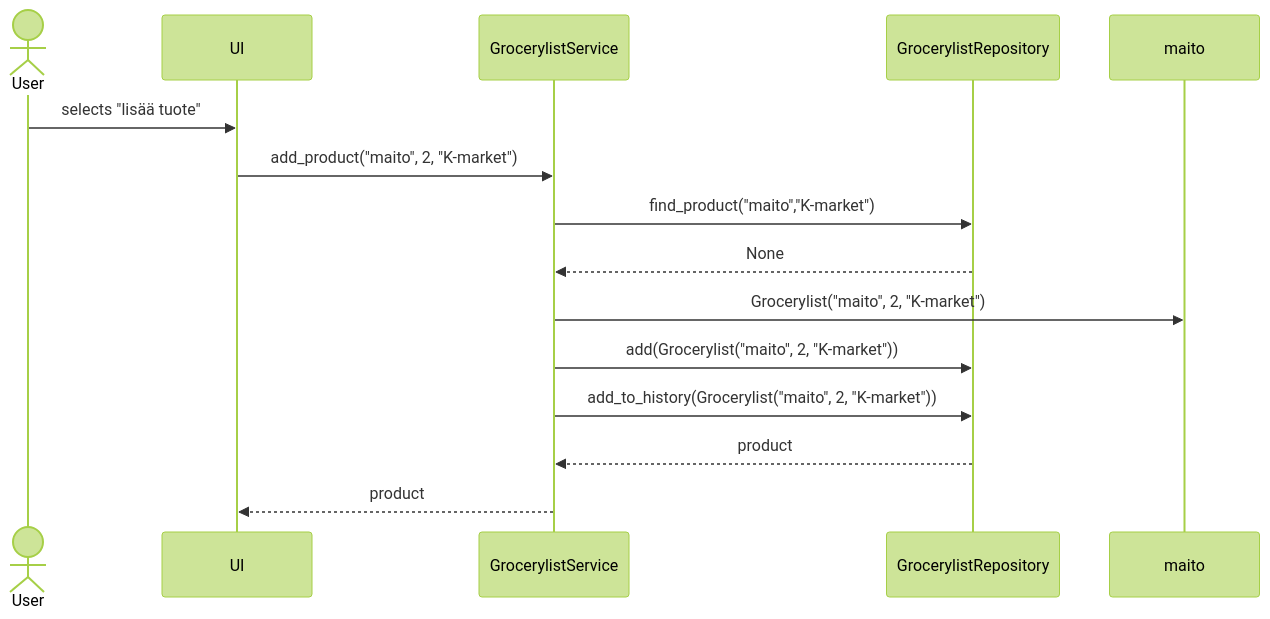
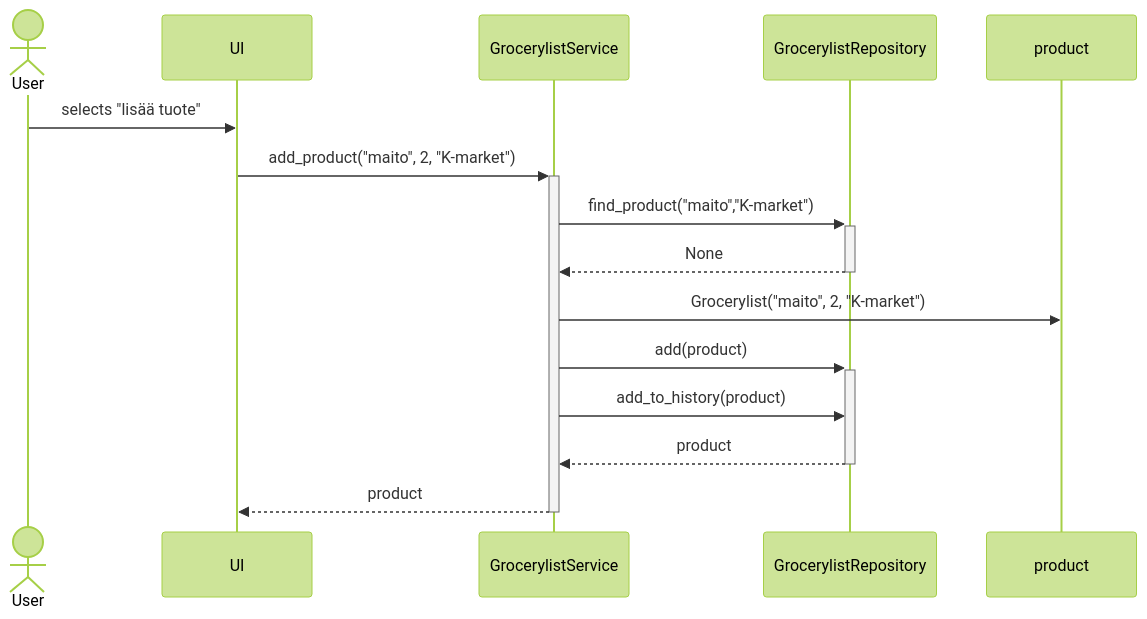
The second of 4 diagrams in dokumentaatio/arkkitehtuuri.md (ounisk/ot_harjoitustyo), drawn with Mermaid (forest theme) before and after one commit. The commit also changed other lines of this file, not shown here.

````diff
--- a/dokumentaatio/arkkitehtuuri.md
+++ b/dokumentaatio/arkkitehtuuri.md
@@ -55,17 +55,17 @@
 ```mermaid
 sequenceDiagram
   actor User
   participant UI
   participant GrocerylistService
   participant GrocerylistRepository
-  participant maito
+  participant product
   User ->> UI: selects "lisää tuote"
-  UI ->> GrocerylistService: add_product("maito", 2, "K-market")
-  GrocerylistService ->> GrocerylistRepository  : find_product("maito","K-market")
-  GrocerylistRepository -->> GrocerylistService: None
-  GrocerylistService ->> maito: Grocerylist("maito", 2, "K-market")
-  GrocerylistService ->> GrocerylistRepository: add(Grocerylist("maito", 2, "K-market"))
-  GrocerylistService ->> GrocerylistRepository: add_to_history(Grocerylist("maito", 2, "K-market"))
-  GrocerylistRepository -->> GrocerylistService: product
-  GrocerylistService -->> UI: product  
+  UI ->> +GrocerylistService: add_product("maito", 2, "K-market")
+  GrocerylistService ->> +GrocerylistRepository  : find_product("maito","K-market")
+  GrocerylistRepository -->> -GrocerylistService: None
+  GrocerylistService ->> product: Grocerylist("maito", 2, "K-market")
+  GrocerylistService ->> +GrocerylistRepository: add(product)
+  GrocerylistService ->> GrocerylistRepository: add_to_history(product)
+  GrocerylistRepository -->> -GrocerylistService: product
+  GrocerylistService -->> -UI: product  
 ``` 
````
